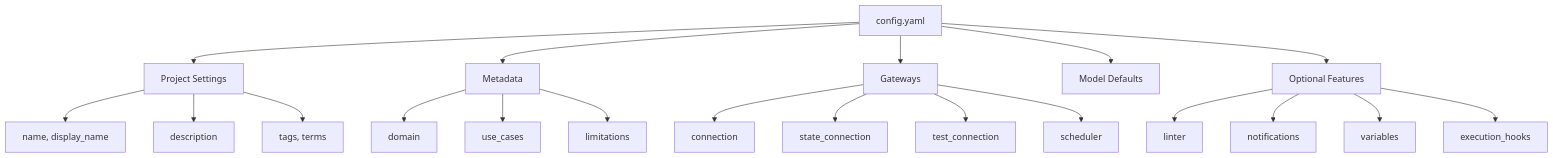
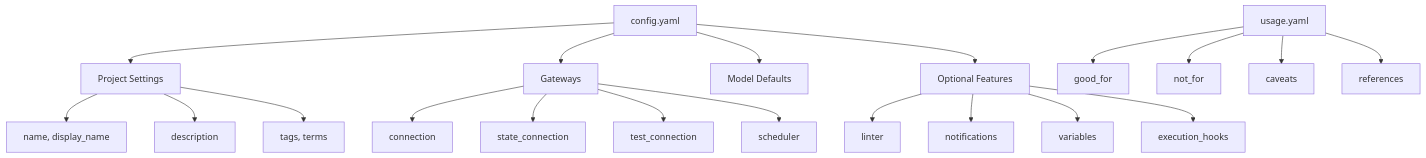
Before and after one commit to tmdc-io/vulcan-book: the diagram in docs/configurations/overview.md, drawn with Mermaid. The commit also changed other lines of this file and 65 other files, not shown here.

````diff
--- a/docs/configurations/overview.md
+++ b/docs/configurations/overview.md
@@ -92,23 +114,24 @@
 ```mermaid
 graph TB
     Config[config.yaml]
+    Usage[usage.yaml]
     Config --> Project[Project Settings]
-    Config --> Metadata[Metadata]
     Config --> Gateways[Gateways]
     Config --> ModelDefaults[Model Defaults]
     Config --> Options[Optional Features]
+    Usage --> GoodFor[good_for]
+    Usage --> NotFor[not_for]
+    Usage --> Caveats[caveats]
+    Usage --> References[references]
     Project --> Name[name, display_name]
     Project --> Desc[description]
     Project --> Tags[tags, terms]
-    Metadata --> Domain[domain]
-    Metadata --> UseCases[use_cases]
-    Metadata --> Limitations[limitations]
     Gateways --> Connection[connection]
     Gateways --> StateConn[state_connection]
     Gateways --> TestConn[test_connection]
     Gateways --> Scheduler[scheduler]
     Options --> Linter[linter]
     Options --> Notifications[notifications]
     Options --> Variables[variables]
     Options --> ExecHooks[execution_hooks]
 ```
````
